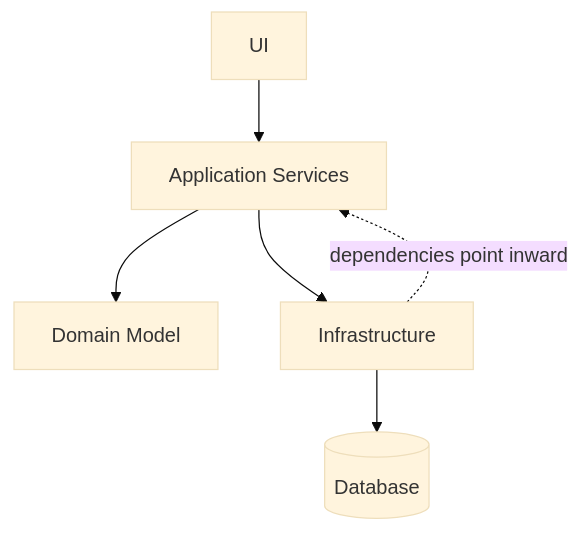
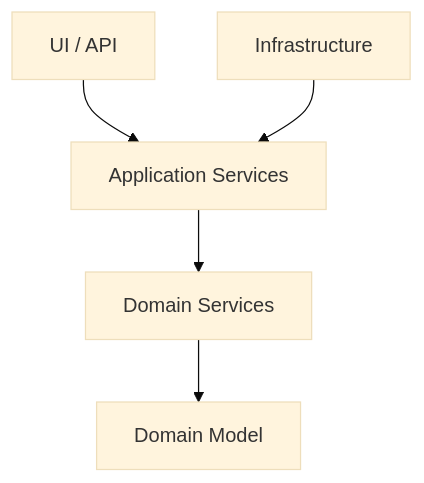
One commit to Kert0n/KPO changed the fifth of 10 diagrams in lectures/Lec8/vitepress.md. Above: the diagram before and after it, drawn with Mermaid (base theme). The commit also changed other lines of this file and 9 other files, not shown here.

````diff
--- a/lectures/Lec8/vitepress.md
+++ b/lectures/Lec8/vitepress.md
@@ -239,8 +747,7 @@
 ```mermaid
 flowchart TD
-    UI[UI] --> Application[Application Services]
-    Application --> Domain[Domain Model]
-    Application --> Infrastructure[Infrastructure]
-    Infrastructure --> DB[(Database)]
-    Infrastructure -. dependencies point inward .-> Application
+    UI["UI / API"] --> Application["Application Services"]
+    Infrastructure["Infrastructure"] --> Application
+    Application --> DomainServices["Domain Services"]
+    DomainServices --> Domain["Domain Model"]
 ```
````
